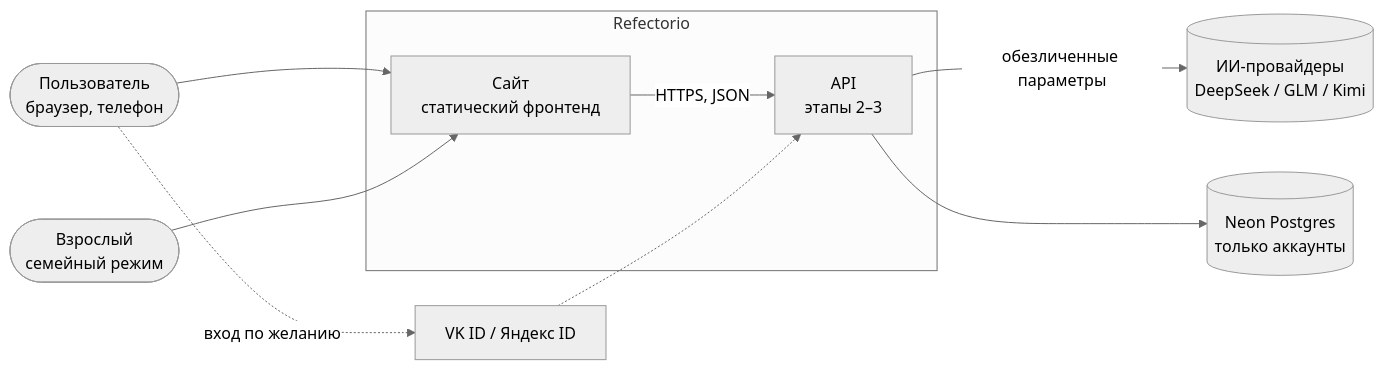
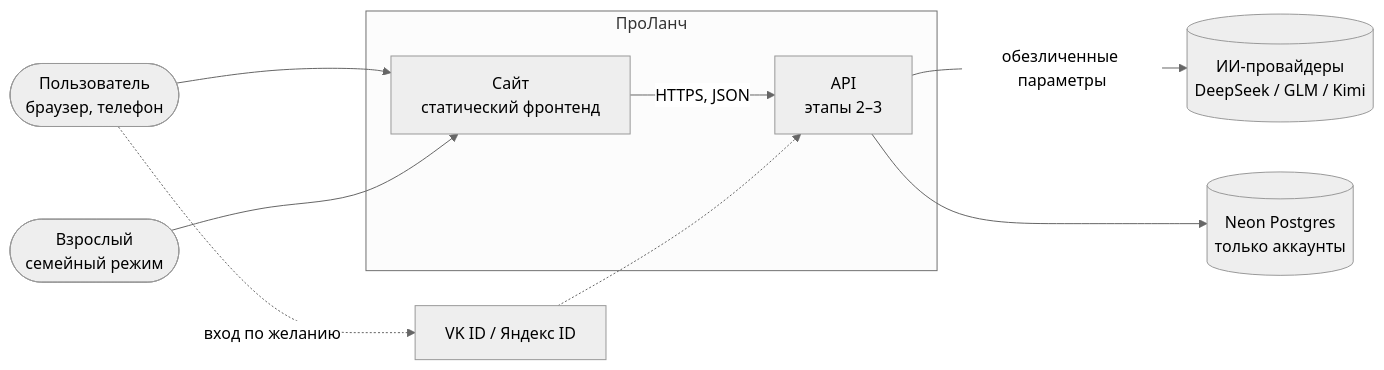
One commit to myxastar2010-cloud/Refectorio-project changed the first of 6 diagrams in docs/architecture.md. Above: the diagram before and after it, drawn with Mermaid (neutral theme). The commit also changed other lines of this file and 4 other files, not shown here.

````diff
--- a/docs/architecture.md
+++ b/docs/architecture.md
@@ -8,19 +8,19 @@
 ```mermaid
 flowchart LR
   user([Пользователь<br/>браузер, телефон])
   parent([Взрослый<br/>семейный режим])
-  subgraph refectorio[Refectorio]
+  subgraph refectorio[ПроЛанч]
     web[Сайт<br/>статический фронтенд]
     api[API<br/>этапы 2–3]
   end
   ai[(ИИ-провайдеры<br/>DeepSeek / GLM / Kimi)]
   db[(Neon Postgres<br/>только аккаунты)]
   idp[VK ID / Яндекс ID]
   user --> web
   parent --> web
   web -- "HTTPS, JSON" --> api
   api -- "обезличенные параметры" --> ai
   api --> db
   user -. "вход по желанию" .-> idp
   idp -.-> api
 ```
````
